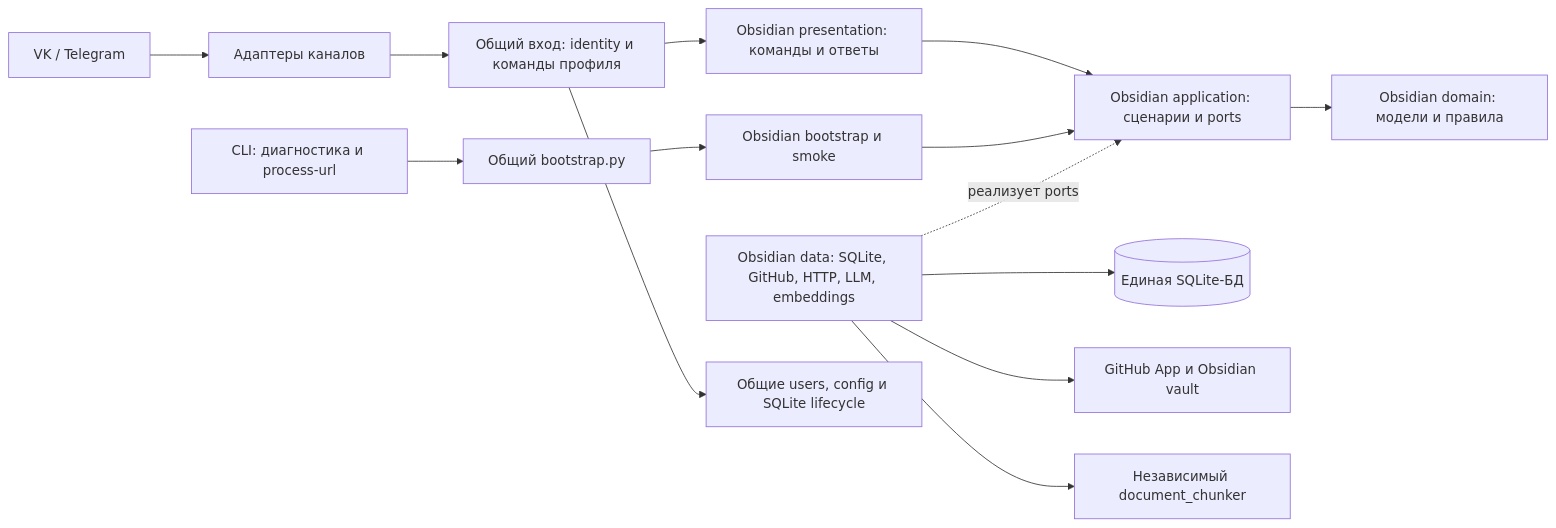
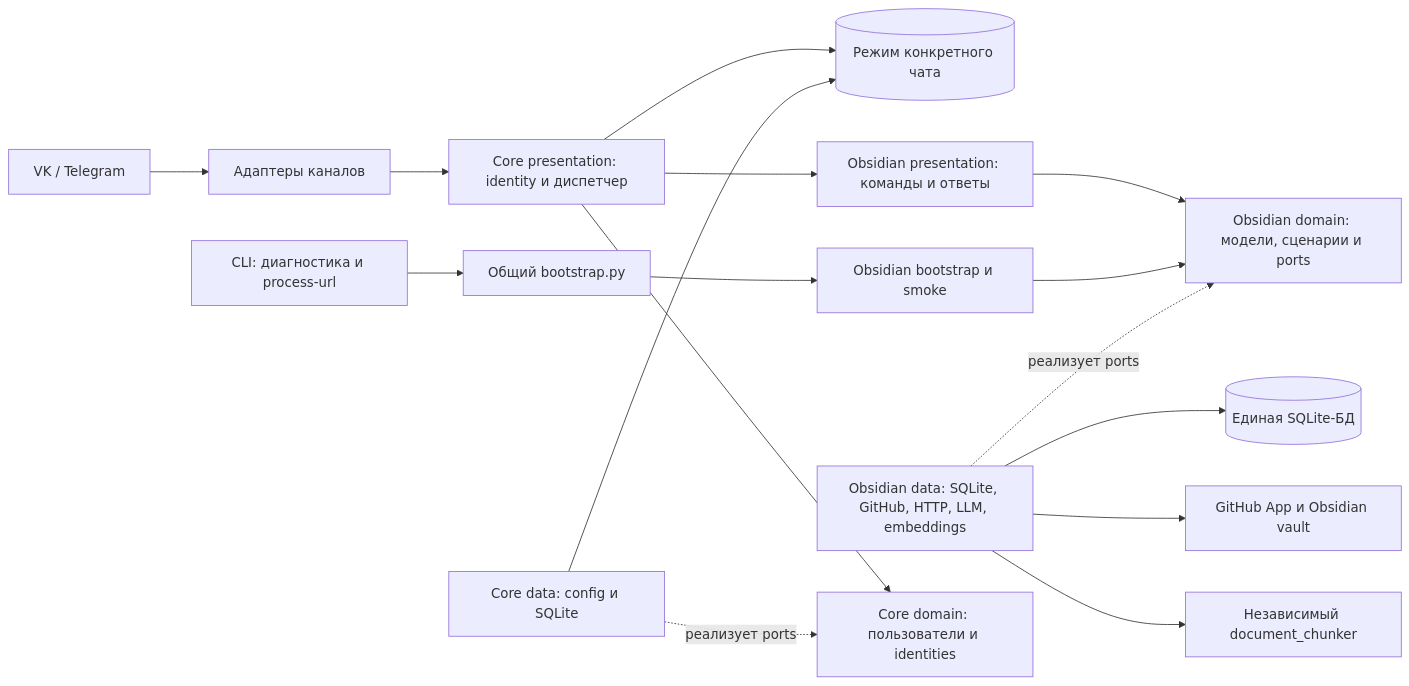
Before and after one commit to karateka-git/compadre-assistant: the diagram in README.md, drawn with Mermaid. The commit also changed other lines of this file and 188 other files, not shown here.

````diff
--- a/README.md
+++ b/README.md
@@ -29,16 +29,18 @@
 ```mermaid
 flowchart LR
     Channels[VK / Telegram] --> Adapters[Адаптеры каналов]
-    Adapters --> Incoming[Общий вход: identity и команды профиля]
+    Adapters --> Incoming[Core presentation: identity и диспетчер]
+    Incoming --> Modes[(Режим конкретного чата)]
     Incoming --> Obsidian[Obsidian presentation: команды и ответы]
-    Obsidian --> UseCases[Obsidian application: сценарии и ports]
+    Obsidian --> Domain[Obsidian domain: модели, сценарии и ports]
     CLI[CLI: диагностика и process-url] --> Bootstrap[Общий bootstrap.py]
     Bootstrap --> ObsidianBootstrap[Obsidian bootstrap и smoke]
-    ObsidianBootstrap --> UseCases
-    UseCases --> Domain[Obsidian domain: модели и правила]
-    ObsidianData[Obsidian data: SQLite, GitHub, HTTP, LLM, embeddings] -. реализует ports .-> UseCases
-    Incoming --> Users[Общие users, config и SQLite lifecycle]
+    ObsidianBootstrap --> Domain
+    ObsidianData[Obsidian data: SQLite, GitHub, HTTP, LLM, embeddings] -. реализует ports .-> Domain
+    Incoming --> Users[Core domain: пользователи и identities]
+    CoreData[Core data: config и SQLite] -. реализует ports .-> Users
+    CoreData --> Modes
     ObsidianData --> SQLite[(Единая SQLite-БД)]
     ObsidianData --> GitHub[GitHub App и Obsidian vault]
     ObsidianData --> Chunker[Независимый document_chunker]
 ```
````
